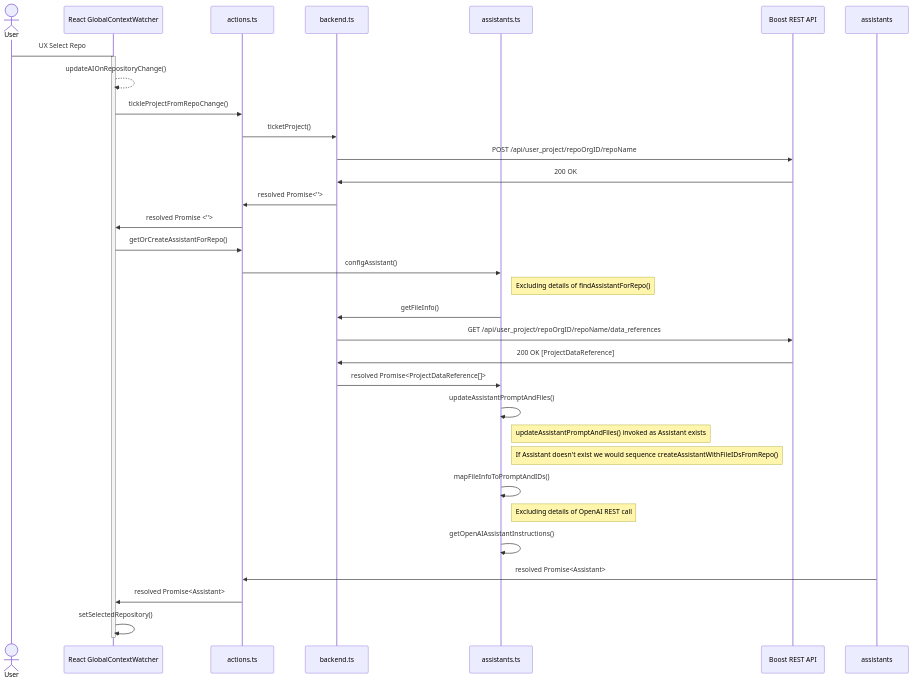
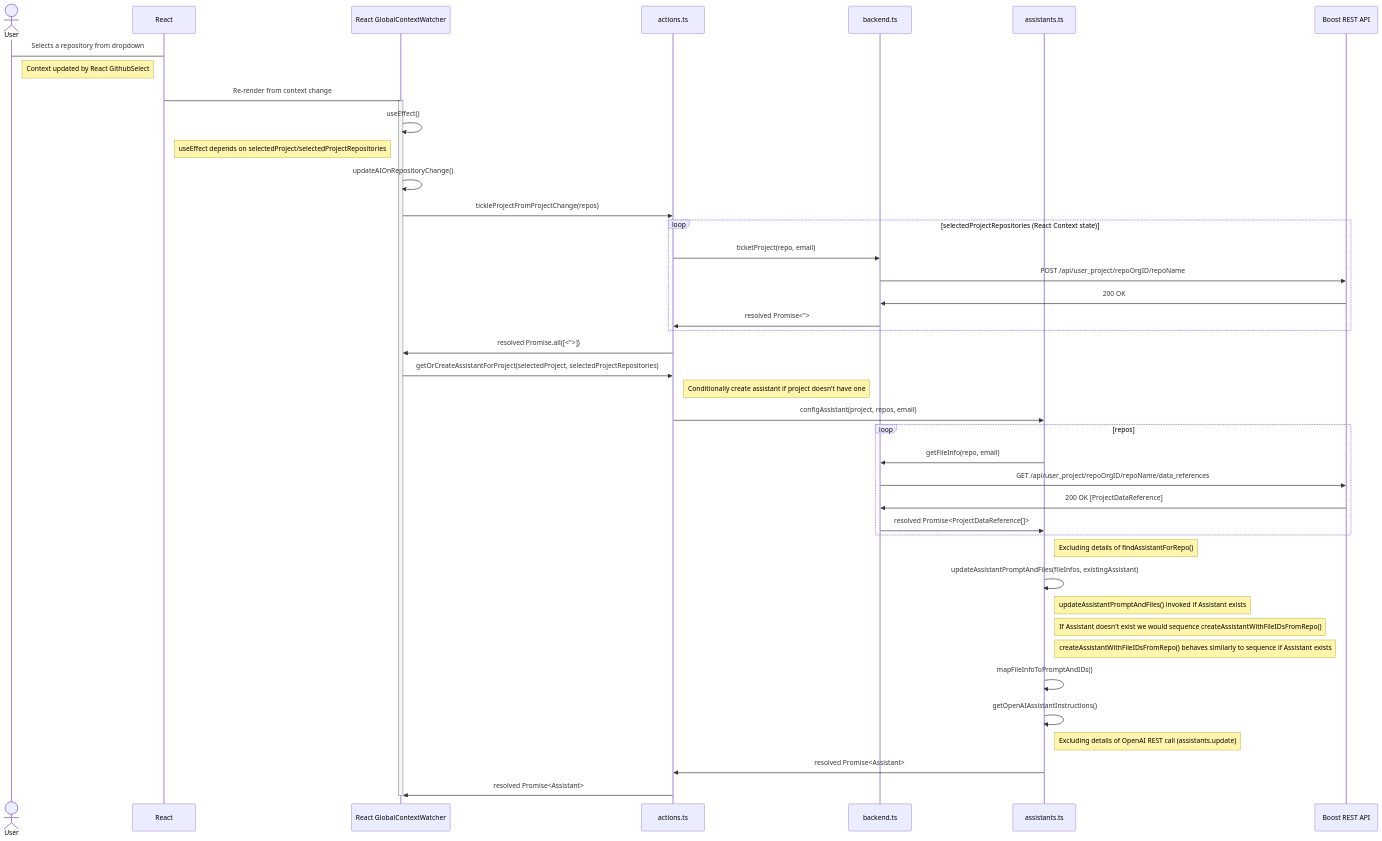
Before and after one commit to polyverse-appsec/sara: the fourth of 4 diagrams in tech-docs/sequence-diagrams.md, drawn with Mermaid. The commit also changed other lines of this file and 3 other files, not shown here.

Commit message:
Refactor function name tickleReposForProjectChange

````diff
--- a/tech-docs/sequence-diagrams.md
+++ b/tech-docs/sequence-diagrams.md
@@ -133,45 +133,64 @@
 ```mermaid
 sequenceDiagram
     actor User
+    participant React
     participant React GlobalContextWatcher
     participant actions.ts
     participant backend.ts
     participant assistants.ts
     participant Boost REST API
     
-    User -> React GlobalContextWatcher: UX Select Repo
+    User -> React: Selects a repository from dropdown
+    Note left of React: Context updated by React GithubSelect
+
+    React -> React GlobalContextWatcher: Re-render from context change
+
     activate React GlobalContextWatcher
-    React GlobalContextWatcher -->> React GlobalContextWatcher: updateAIOnRepositoryChange()
 
-    React GlobalContextWatcher ->> actions.ts: tickleProjectFromRepoChange()
-    actions.ts ->> backend.ts: ticketProject()
-    backend.ts ->> Boost REST API: POST /api/user_project/repoOrgID/repoName
-    Boost REST API ->> backend.ts: 200 OK
-    backend.ts ->> actions.ts: resolved Promise<''>
-    actions.ts ->> React GlobalContextWatcher: resolved Promise <''>
+    React GlobalContextWatcher ->> React GlobalContextWatcher: useEffect()
 
-    React GlobalContextWatcher ->> actions.ts: getOrCreateAssistantForRepo()
-    actions.ts ->> assistants.ts: configAssistant()
+    Note left of React GlobalContextWatcher: useEffect depends on selectedProject/selectedProjectRepositories
+
+    React GlobalContextWatcher ->> React GlobalContextWatcher: updateAIOnRepositoryChange()
+    React GlobalContextWatcher ->> actions.ts: tickleProjectFromProjectChange(repos)
+
+    loop selectedProjectRepositories (React Context state)
+        actions.ts ->> backend.ts: ticketProject(repo, email)
+        backend.ts ->> Boost REST API: POST /api/user_project/repoOrgID/repoName
+        Boost REST API ->> backend.ts: 200 OK
+        backend.ts ->> actions.ts: resolved Promise<''>
+    end
+
+    actions.ts ->> React GlobalContextWatcher: resolved Promise.all([<''>])
+
+    React GlobalContextWatcher ->> actions.ts: getOrCreateAssistantForProject(selectedProject, selectedProjectRepositories)
+
+    Note right of actions.ts: Conditionally create assistant if project doesn't have one
+
+    actions.ts ->> assistants.ts: configAssistant(project, repos, email)
+
+    loop repos
+        assistants.ts ->> backend.ts: getFileInfo(repo, email)
+        backend.ts ->> Boost REST API: GET /api/user_project/repoOrgID/repoName/data_references
+        Boost REST API ->> backend.ts: 200 OK [ProjectDataReference]
+        backend.ts ->> assistants.ts: resolved Promise<ProjectDataReference[]>
+    end
 
     Note right of assistants.ts: Excluding details of findAssistantForRepo()
 
-    assistants.ts ->> backend.ts: getFileInfo()
-    backend.ts ->> Boost REST API: GET /api/user_project/repoOrgID/repoName/data_references
-    Boost REST API ->> backend.ts: 200 OK [ProjectDataReference]
-    backend.ts ->> assistants.ts: resolved Promise<ProjectDataReference[]>
-    assistants.ts ->> assistants.ts: updateAssistantPromptAndFiles()
+    assistants.ts ->> assistants.ts: updateAssistantPromptAndFiles(fileInfos, existingAssistant)
 
-    Note right of assistants.ts: updateAssistantPromptAndFiles() invoked as Assistant exists
+    Note right of assistants.ts: updateAssistantPromptAndFiles() invoked if Assistant exists
     Note right of assistants.ts: If Assistant doesn't exist we would sequence createAssistantWithFileIDsFromRepo()
+    Note right of assistants.ts: createAssistantWithFileIDsFromRepo() behaves similarly to sequence if Assistant exists
 
     assistants.ts ->> assistants.ts: mapFileInfoToPromptAndIDs()
+    assistants.ts ->> assistants.ts: getOpenAIAssistantInstructions()
 
-    Note right of assistants.ts: Excluding details of OpenAI REST call
+    Note right of assistants.ts: Excluding details of OpenAI REST call (assistants.update)
 
-    assistants.ts ->> assistants.ts: getOpenAIAssistantInstructions()
-    assistants ->> actions.ts: resolved Promise<Assistant>
+    assistants.ts ->> actions.ts: resolved Promise<Assistant>
     actions.ts ->> React GlobalContextWatcher: resolved Promise<Assistant>
-    React GlobalContextWatcher ->> React GlobalContextWatcher: setSelectedRepository()
 
     deactivate React GlobalContextWatcher
 ```
````
